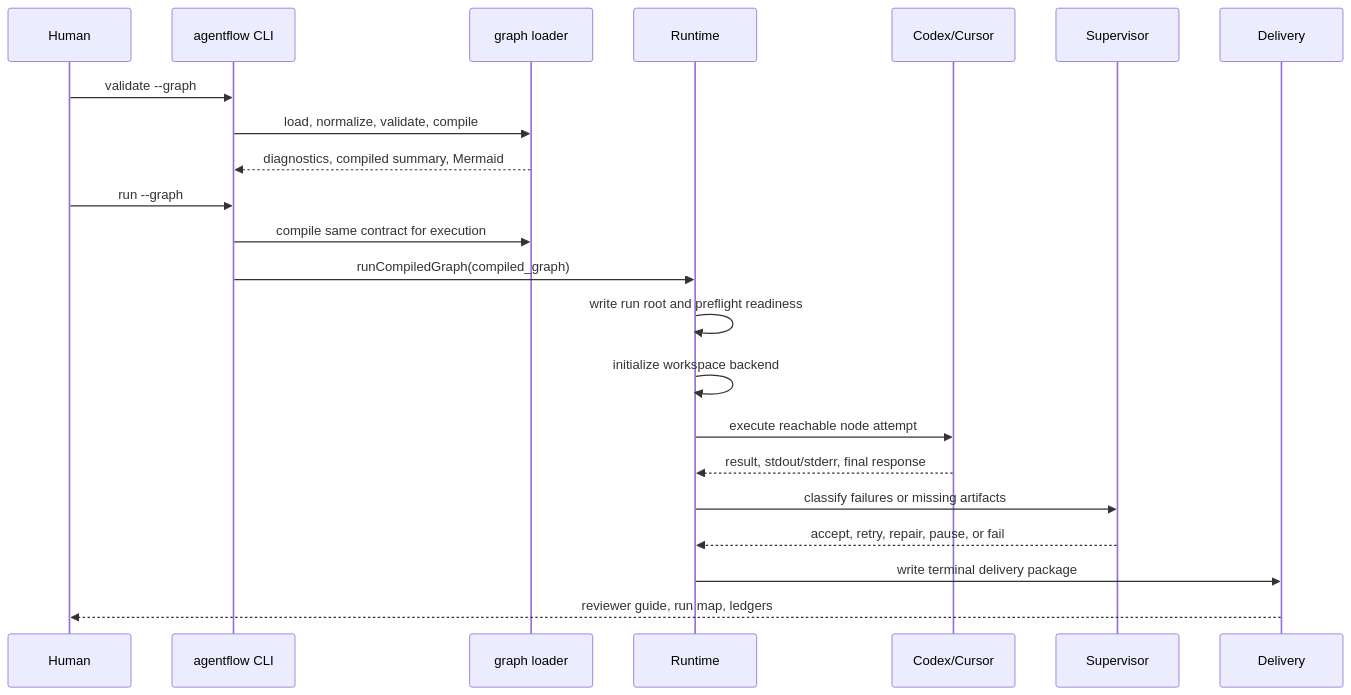
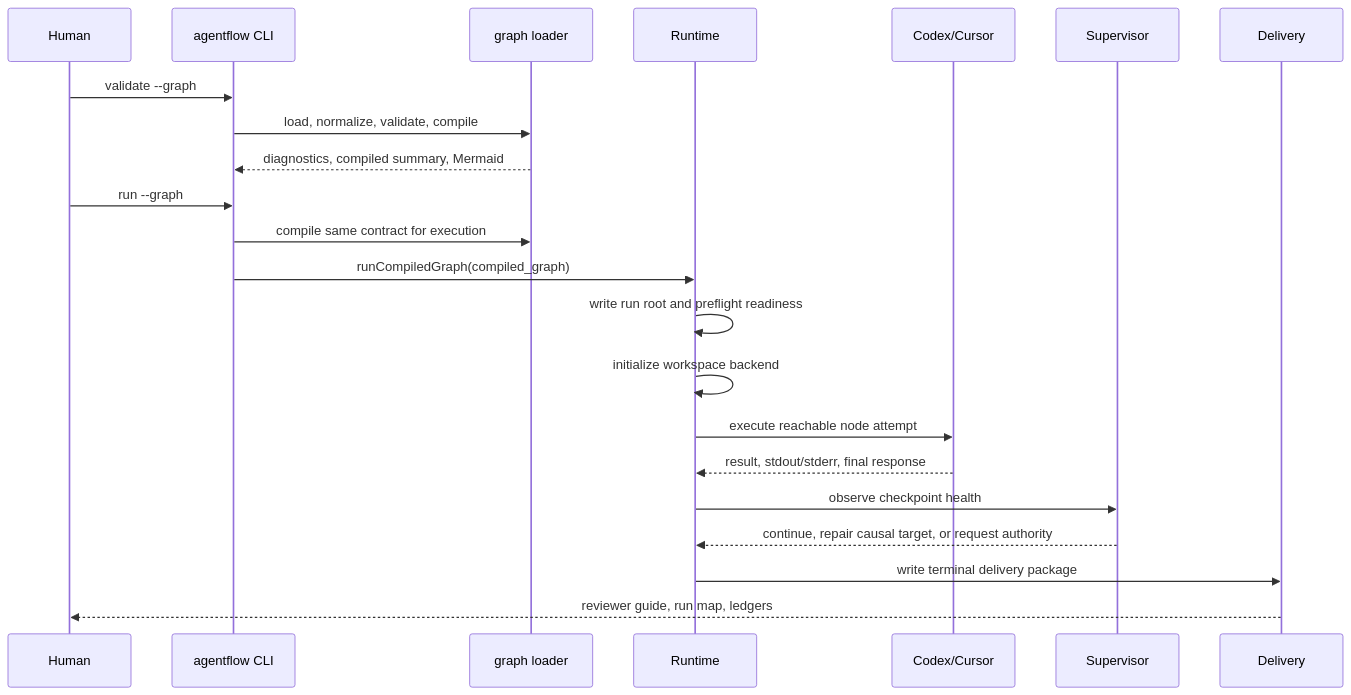
Before and after one commit to koji98/agentflow: the first of 3 diagrams in docs/technical/runtime-lifecycle.md, drawn with Mermaid. The commit also changed other lines of this file and 10 other files, not shown here.

````diff
--- a/docs/technical/runtime-lifecycle.md
+++ b/docs/technical/runtime-lifecycle.md
@@ -7,25 +7,25 @@
 ```mermaid
 sequenceDiagram
   participant Human
   participant CLI as agentflow CLI
   participant Graph as graph loader
   participant Runtime
   participant Harness as Codex/Cursor
   participant Supervisor
   participant Delivery
 
   Human->>CLI: validate --graph
   CLI->>Graph: load, normalize, validate, compile
   Graph-->>CLI: diagnostics, compiled summary, Mermaid
   Human->>CLI: run --graph
   CLI->>Graph: compile same contract for execution
   CLI->>Runtime: runCompiledGraph(compiled_graph)
   Runtime->>Runtime: write run root and preflight readiness
   Runtime->>Runtime: initialize workspace backend
   Runtime->>Harness: execute reachable node attempt
   Harness-->>Runtime: result, stdout/stderr, final response
-  Runtime->>Supervisor: classify failures or missing artifacts
-  Supervisor-->>Runtime: accept, retry, repair, pause, or fail
+  Runtime->>Supervisor: observe checkpoint health
+  Supervisor-->>Runtime: continue, repair causal target, or request authority
   Runtime->>Delivery: write terminal delivery package
   Delivery-->>Human: reviewer guide, run map, ledgers
 ```
````
